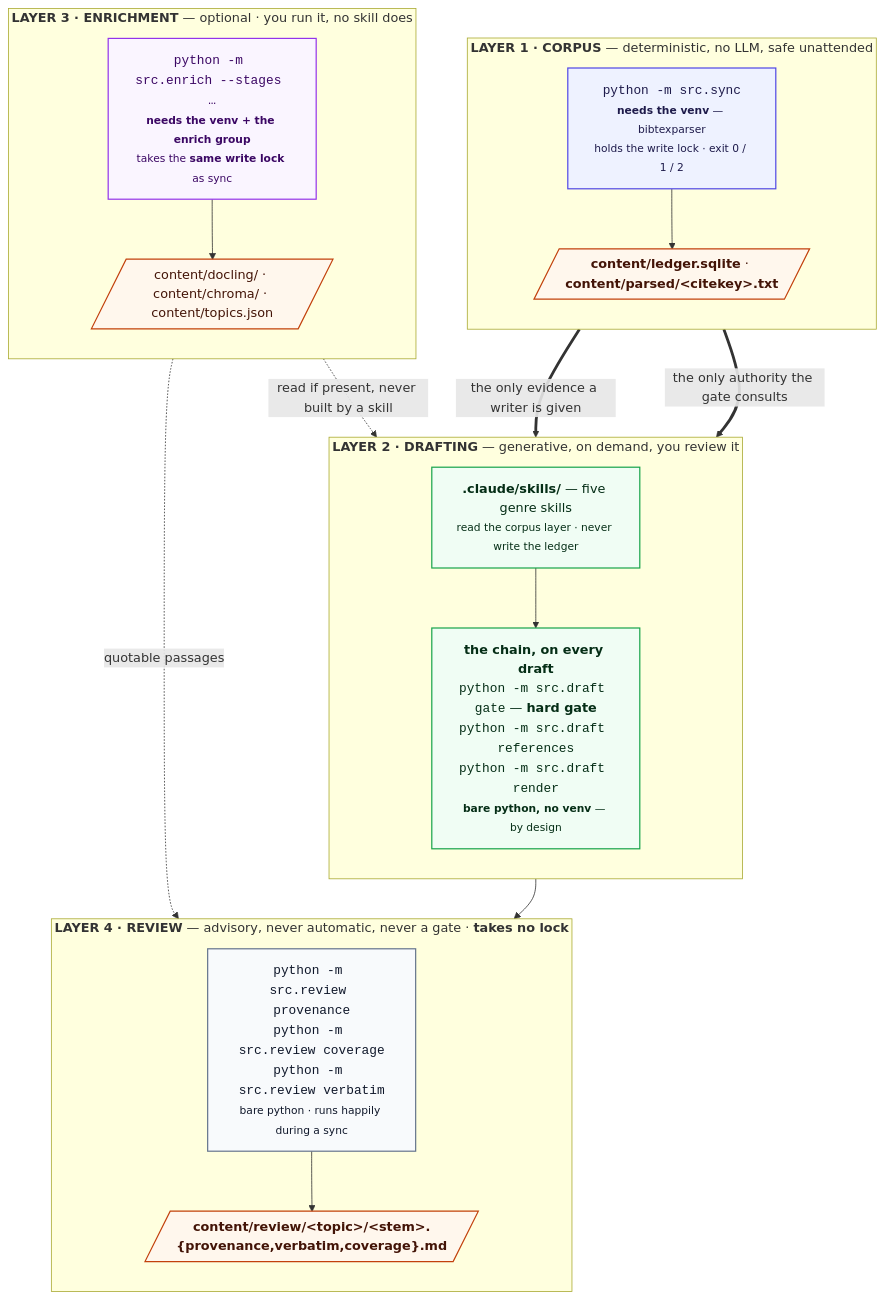
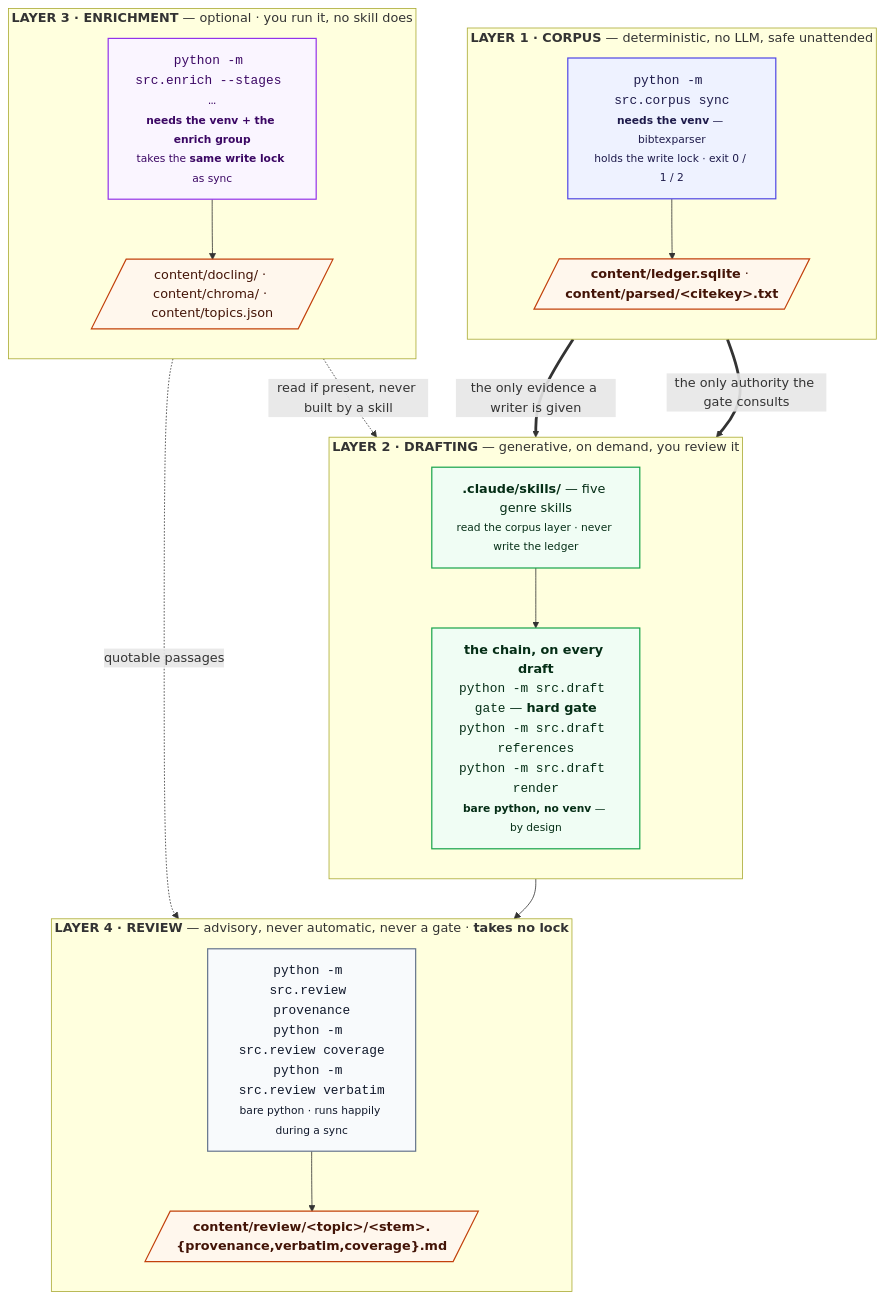
The diagram in docs/ARCHITECTURE.md (prasadtalasila/chitragupta), drawn with Mermaid before and after one commit. The commit also changed other lines of this file and 89 other files, not shown here.

````diff
--- a/docs/ARCHITECTURE.md
+++ b/docs/ARCHITECTURE.md
@@ -65,49 +65,49 @@
 ```mermaid
 flowchart TB
 
   subgraph J1["<b>LAYER 1 · CORPUS</b> — deterministic, no LLM, safe unattended"]
     direction TB
-    SYNC["<code>python -m src.sync</code><br/><small><b>needs the venv</b> — bibtexparser<br/>holds the write lock · exit 0 / 1 / 2</small>"]
+    SYNC["<code>python -m src.corpus sync</code><br/><small><b>needs the venv</b> — bibtexparser<br/>holds the write lock · exit 0 / 1 / 2</small>"]
     OUT1[/"<b>content/ledger.sqlite</b> · <b>content/parsed/&lt;citekey&gt;.txt</b>"/]
     SYNC --> OUT1
   end
 
   subgraph J2["<b>LAYER 2 · DRAFTING</b> — generative, on demand, you review it"]
     direction TB
     SKILL["<b>.claude/skills/</b> — five genre skills<br/><small>read the corpus layer · never write the ledger</small>"]
     CHAIN["<b>the chain, on every draft</b><br/><code>python -m src.draft gate</code> — <b>hard gate</b><br/><code>python -m src.draft references</code><br/><code>python -m src.draft render</code><br/><small><b>bare python, no venv</b> — by design</small>"]
     SKILL --> CHAIN
   end
 
   subgraph JH["<b>LAYER 3 · ENRICHMENT</b> — optional · you run it, no skill does"]
     direction TB
     FULL["<code>python -m src.enrich --stages …</code><br/><small><b>needs the venv + the enrich group</b><br/>takes the <b>same write lock</b> as sync</small>"]
     OUT3[/"content/docling/ · content/chroma/ · content/topics.json"/]
     FULL --> OUT3
   end
 
   subgraph AID["<b>LAYER 4 · REVIEW</b> — advisory, never automatic, never a gate · <b>takes no lock</b>"]
     direction TB
     A["<code>python -m src.review provenance</code><br/><code>python -m src.review coverage</code><br/><code>python -m src.review verbatim</code><br/><small>bare python · runs happily during a sync</small>"]
     OUT4[/"<b>content/review/&lt;topic&gt;/&lt;stem&gt;.{provenance,verbatim,coverage}.md</b>"/]
     A --> OUT4
   end
 
   OUT1 == "the only evidence a writer is given" ==> SKILL
   OUT1 == "the only authority the gate consults" ==> CHAIN
   OUT3 -. "read if present, never built by a skill" .-> SKILL
   OUT3 -. "quotable passages" .-> A
   CHAIN --> A
 
   classDef det fill:#eef2ff,stroke:#4f46e5,stroke-width:1.5px,color:#1e1b4b
   classDef gen fill:#f0fdf4,stroke:#16a34a,stroke-width:1.5px,color:#052e16
   classDef heavy fill:#faf5ff,stroke:#9333ea,stroke-width:1.5px,color:#3b0764
   classDef store fill:#fff7ed,stroke:#c2410c,stroke-width:1.5px,color:#431407
   classDef aid fill:#f8fafc,stroke:#64748b,stroke-width:1.5px,color:#0f172a
 
   class SYNC det
   class SKILL,CHAIN gen
   class FULL heavy
   class OUT1,OUT3,OUT4 store
   class A aid
 ```
````
